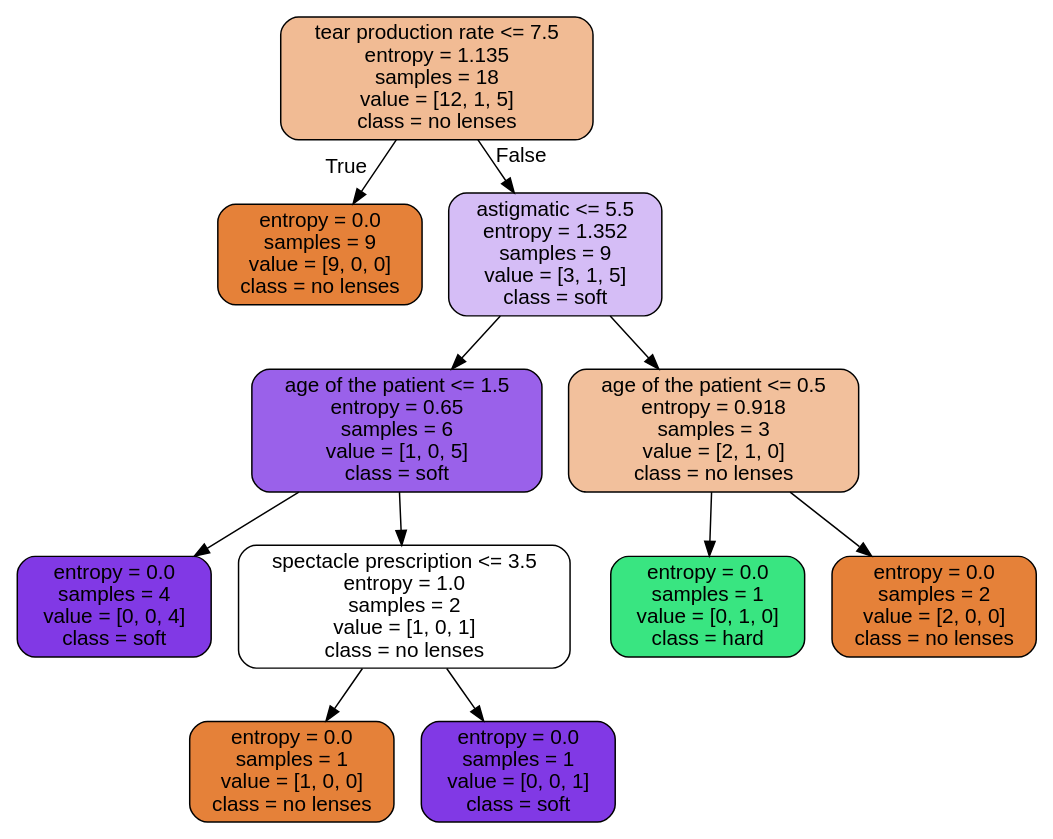
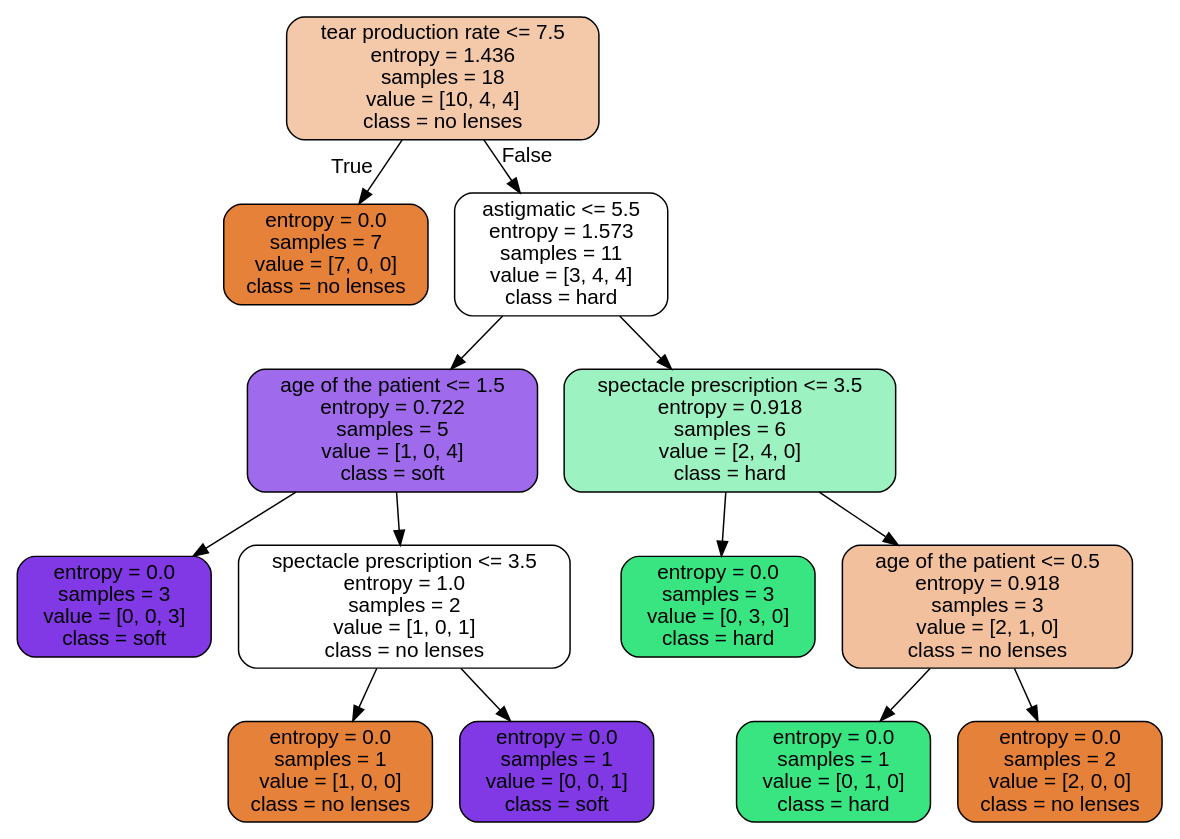
The diagram in 实验课程作业/part1/iris_tree.dot (gaowanlu/MachineLearning-DeepLearning), drawn with Graphviz before and after one commit. The commit also changed 6 other files, not shown here.

```diff
--- a/实验课程作业/part1/iris_tree.dot
+++ b/实验课程作业/part1/iris_tree.dot
@@ -1,25 +1,29 @@
 digraph Tree {
 node [shape=box, style="filled, rounded", color="black", fontname=helvetica] ;
 edge [fontname=helvetica] ;
-0 [label="tear production rate <= 7.5\nentropy = 1.135\nsamples = 18\nvalue = [12, 1, 5]\nclass = no lenses", fillcolor="#f1bb94"] ;
-1 [label="entropy = 0.0\nsamples = 9\nvalue = [9, 0, 0]\nclass = no lenses", fillcolor="#e58139"] ;
+0 [label="tear production rate <= 7.5\nentropy = 1.436\nsamples = 18\nvalue = [10, 4, 4]\nclass = no lenses", fillcolor="#f4c9aa"] ;
+1 [label="entropy = 0.0\nsamples = 7\nvalue = [7, 0, 0]\nclass = no lenses", fillcolor="#e58139"] ;
 0 -> 1 [labeldistance=2.5, labelangle=45, headlabel="True"] ;
-2 [label="astigmatic <= 5.5\nentropy = 1.352\nsamples = 9\nvalue = [3, 1, 5]\nclass = soft", fillcolor="#d5bdf6"] ;
+2 [label="astigmatic <= 5.5\nentropy = 1.573\nsamples = 11\nvalue = [3, 4, 4]\nclass = hard", fillcolor="#ffffff"] ;
 0 -> 2 [labeldistance=2.5, labelangle=-45, headlabel="False"] ;
-3 [label="age of the patient <= 1.5\nentropy = 0.65\nsamples = 6\nvalue = [1, 0, 5]\nclass = soft", fillcolor="#9a61ea"] ;
+3 [label="age of the patient <= 1.5\nentropy = 0.722\nsamples = 5\nvalue = [1, 0, 4]\nclass = soft", fillcolor="#a06aec"] ;
 2 -> 3 ;
-4 [label="entropy = 0.0\nsamples = 4\nvalue = [0, 0, 4]\nclass = soft", fillcolor="#8139e5"] ;
+4 [label="entropy = 0.0\nsamples = 3\nvalue = [0, 0, 3]\nclass = soft", fillcolor="#8139e5"] ;
 3 -> 4 ;
 5 [label="spectacle prescription <= 3.5\nentropy = 1.0\nsamples = 2\nvalue = [1, 0, 1]\nclass = no lenses", fillcolor="#ffffff"] ;
 3 -> 5 ;
 6 [label="entropy = 0.0\nsamples = 1\nvalue = [1, 0, 0]\nclass = no lenses", fillcolor="#e58139"] ;
 5 -> 6 ;
 7 [label="entropy = 0.0\nsamples = 1\nvalue = [0, 0, 1]\nclass = soft", fillcolor="#8139e5"] ;
 5 -> 7 ;
-8 [label="age of the patient <= 0.5\nentropy = 0.918\nsamples = 3\nvalue = [2, 1, 0]\nclass = no lenses", fillcolor="#f2c09c"] ;
+8 [label="spectacle prescription <= 3.5\nentropy = 0.918\nsamples = 6\nvalue = [2, 4, 0]\nclass = hard", fillcolor="#9cf2c0"] ;
 2 -> 8 ;
-9 [label="entropy = 0.0\nsamples = 1\nvalue = [0, 1, 0]\nclass = hard", fillcolor="#39e581"] ;
+9 [label="entropy = 0.0\nsamples = 3\nvalue = [0, 3, 0]\nclass = hard", fillcolor="#39e581"] ;
 8 -> 9 ;
-10 [label="entropy = 0.0\nsamples = 2\nvalue = [2, 0, 0]\nclass = no lenses", fillcolor="#e58139"] ;
+10 [label="age of the patient <= 0.5\nentropy = 0.918\nsamples = 3\nvalue = [2, 1, 0]\nclass = no lenses", fillcolor="#f2c09c"] ;
 8 -> 10 ;
+11 [label="entropy = 0.0\nsamples = 1\nvalue = [0, 1, 0]\nclass = hard", fillcolor="#39e581"] ;
+10 -> 11 ;
+12 [label="entropy = 0.0\nsamples = 2\nvalue = [2, 0, 0]\nclass = no lenses", fillcolor="#e58139"] ;
+10 -> 12 ;
 }
```
